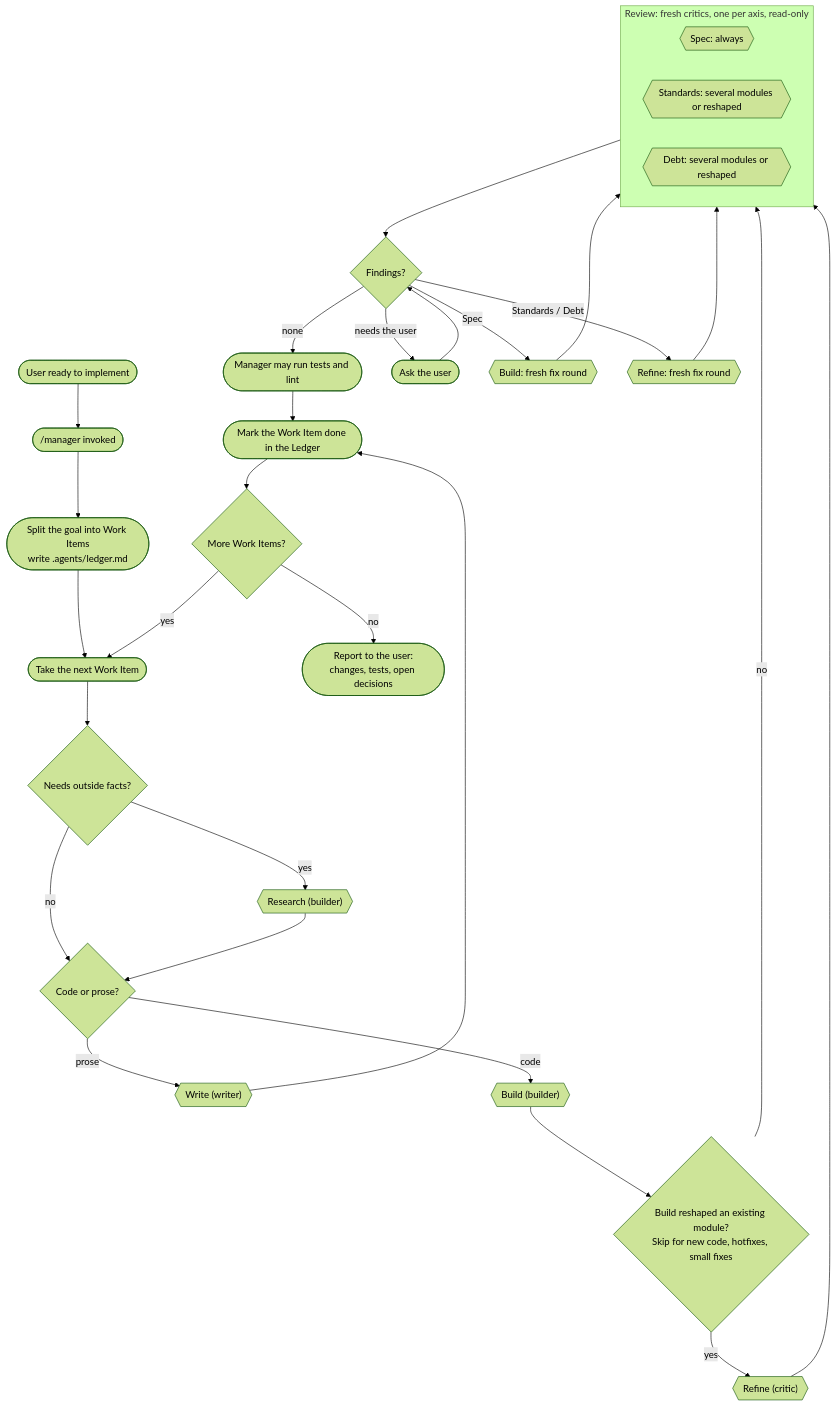
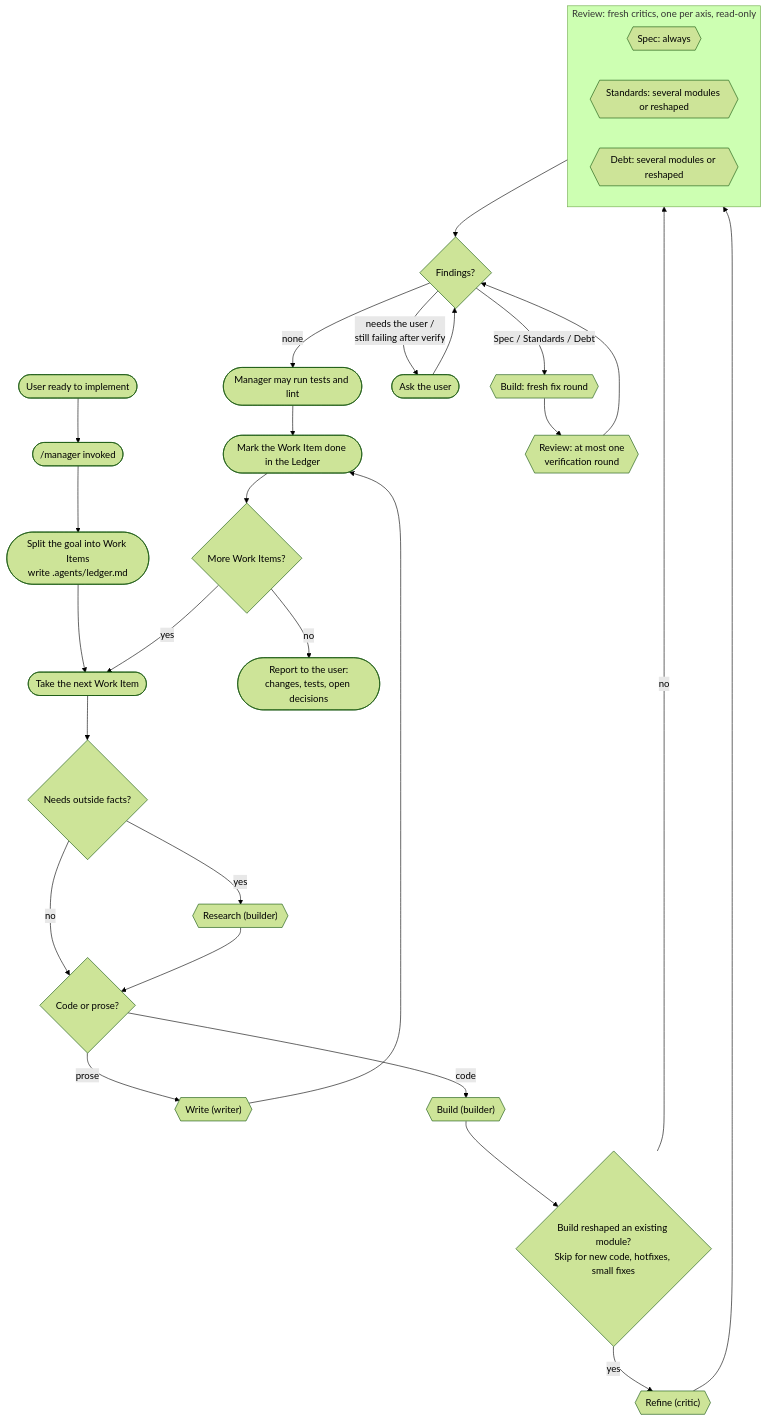
The first of 2 diagrams in docs/workflow.md (vieitesss/dotfiles), drawn with Mermaid (forest theme) before and after one commit. The commit also changed other lines of this file, not shown here.

````diff
--- a/docs/workflow.md
+++ b/docs/workflow.md
@@ -15,37 +15,36 @@
 ```mermaid
 flowchart TD
     req([User ready to implement]) --> mgr(["/manager invoked"])
     mgr --> split(["Split the goal into Work Items<br/>write .agents/ledger.md"])
     split --> next(["Take the next Work Item"])
     next --> facts{"Needs outside facts?"}
     facts -- yes --> research{{"Research (builder)"}}
     facts -- no --> kind{"Code or prose?"}
     research --> kind
     kind -- prose --> write{{"Write (writer)"}}
     write --> done
     kind -- code --> build{{"Build (builder)"}}
     build --> refinep{"Build reshaped an existing module?<br/>Skip for new code, hotfixes, small fixes"}
     refinep -- yes --> refine{{"Refine (critic)"}}
     refinep -- no --> review
     refine --> review
 
     subgraph review [Review: fresh critics, one per axis, read-only]
         spec{{"Spec: always"}}
         standards{{"Standards: several modules or reshaped"}}
         debt{{"Debt: several modules or reshaped"}}
     end
 
     review --> findings{"Findings?"}
     findings -- none --> prove(["Manager may run tests and lint"])
     prove --> done
-    findings -- "needs the user" --> ask(["Ask the user"])
+    findings -- "needs the user /<br/>still failing after verify" --> ask(["Ask the user"])
     ask --> findings
-    findings -- Spec --> fixbuild{{"Build: fresh fix round"}}
-    findings -- "Standards / Debt" --> fixrefine{{"Refine: fresh fix round"}}
-    fixbuild --> review
-    fixrefine --> review
+    findings -- "Spec / Standards / Debt" --> fixbuild{{"Build: fresh fix round"}}
+    fixbuild --> verify{{"Review: at most one<br/>verification round"}}
+    verify --> findings
 
     done(["Mark the Work Item done in the Ledger"]) --> more{"More Work Items?"}
     more -- yes --> next
     more -- no --> report(["Report to the user:<br/>changes, tests, open decisions"])
 ```
````
